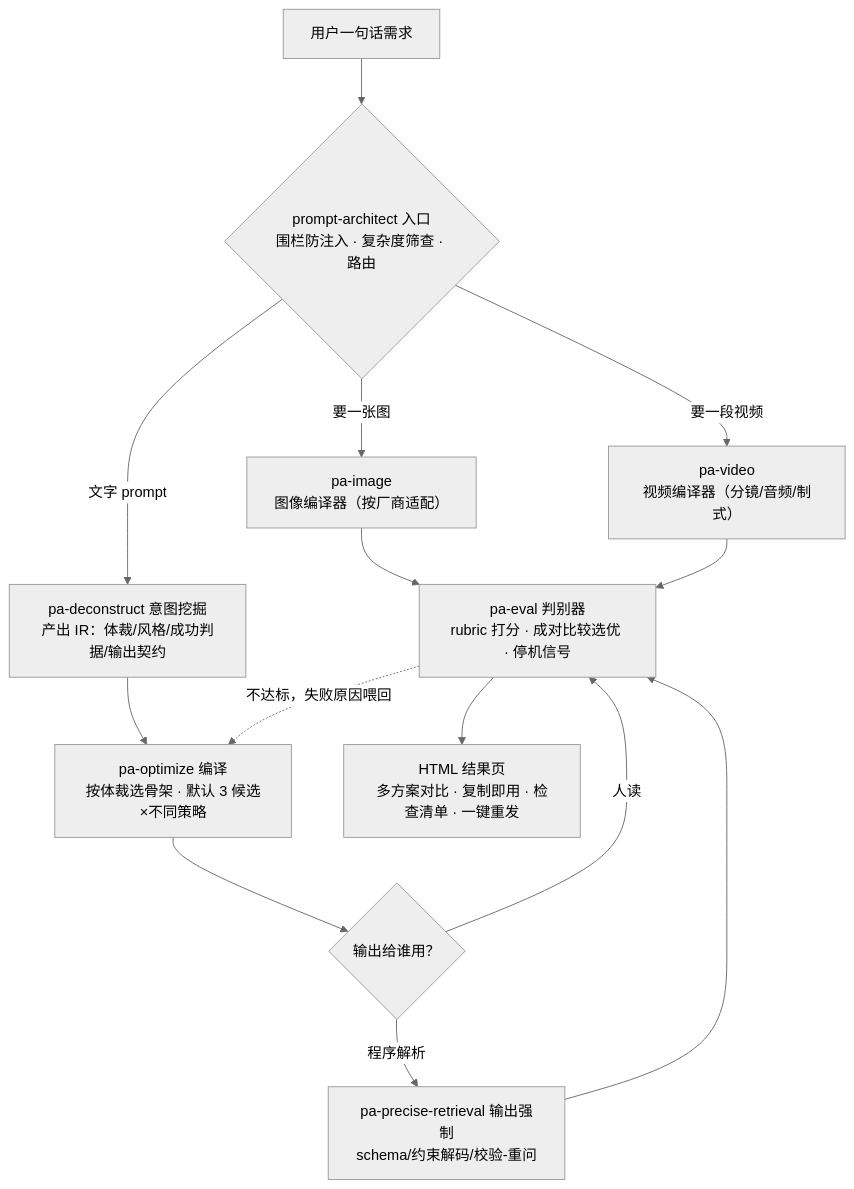
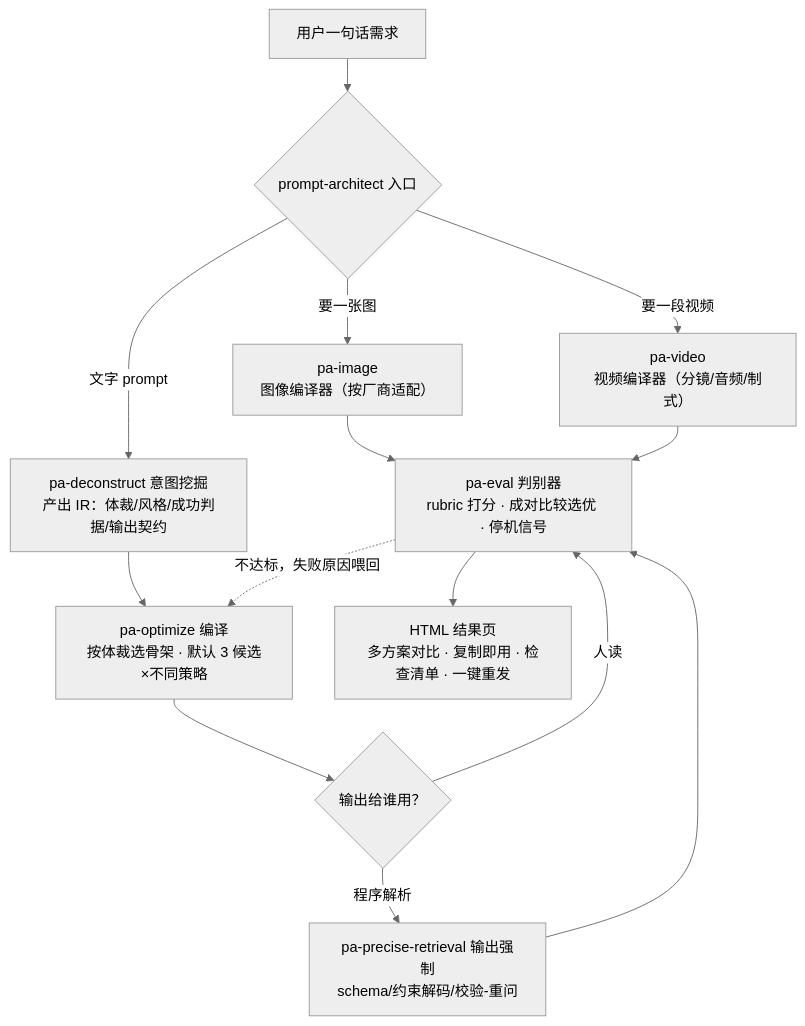
One commit to Cy4nLiang/claude-code-prompt-architect changed the diagram in README.md. Above: the diagram before and after it, drawn with Mermaid (neutral theme). The commit also changed other lines of this file, not shown here.

Commit message:
docs: README 渲染审查修复（安装顺序 bug/压缩 mermaid/截图链接化/知识库打开提示/尾注纠偏）

````diff
--- a/README.md
+++ b/README.md
@@ -131,15 +130,16 @@
 ```mermaid
+%%{init: {"flowchart": {"nodeSpacing": 28, "rankSpacing": 36}}}%%
 flowchart TD
-    A["用户一句话需求"] --> B{"prompt-architect 入口<br/>围栏防注入 · 复杂度筛查 · 路由"}
+    A["用户一句话需求"] --> B{"prompt-architect 入口"}
     B -->|要一张图| I["pa-image<br/>图像编译器（按厂商适配）"]
     B -->|要一段视频| V["pa-video<br/>视频编译器（分镜/音频/制式）"]
     B -->|文字 prompt| C["pa-deconstruct 意图挖掘<br/>产出 IR：体裁/风格/成功判据/输出契约"]
     C --> D["pa-optimize 编译<br/>按体裁选骨架 · 默认 3 候选×不同策略"]
     D --> E{"输出给谁用？"}
     E -->|人读| F["pa-eval 判别器<br/>rubric 打分 · 成对比较选优 · 停机信号"]
     E -->|程序解析| G["pa-precise-retrieval 输出强制<br/>schema/约束解码/校验-重问"] --> F
     I --> F
     V --> F
     F --> H["HTML 结果页<br/>多方案对比 · 复制即用 · 检查清单 · 一键重发"]
     F -.不达标，失败原因喂回.-> D
 ```
````
